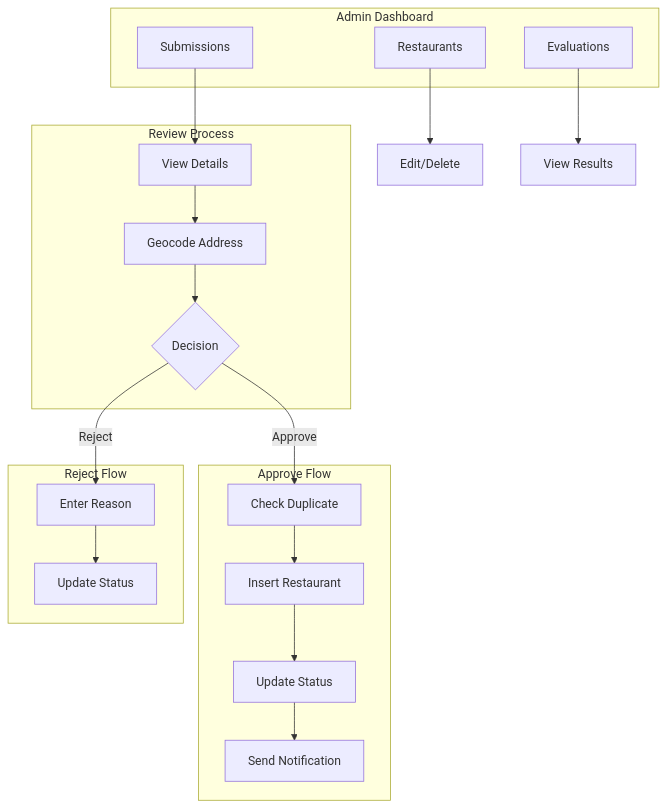
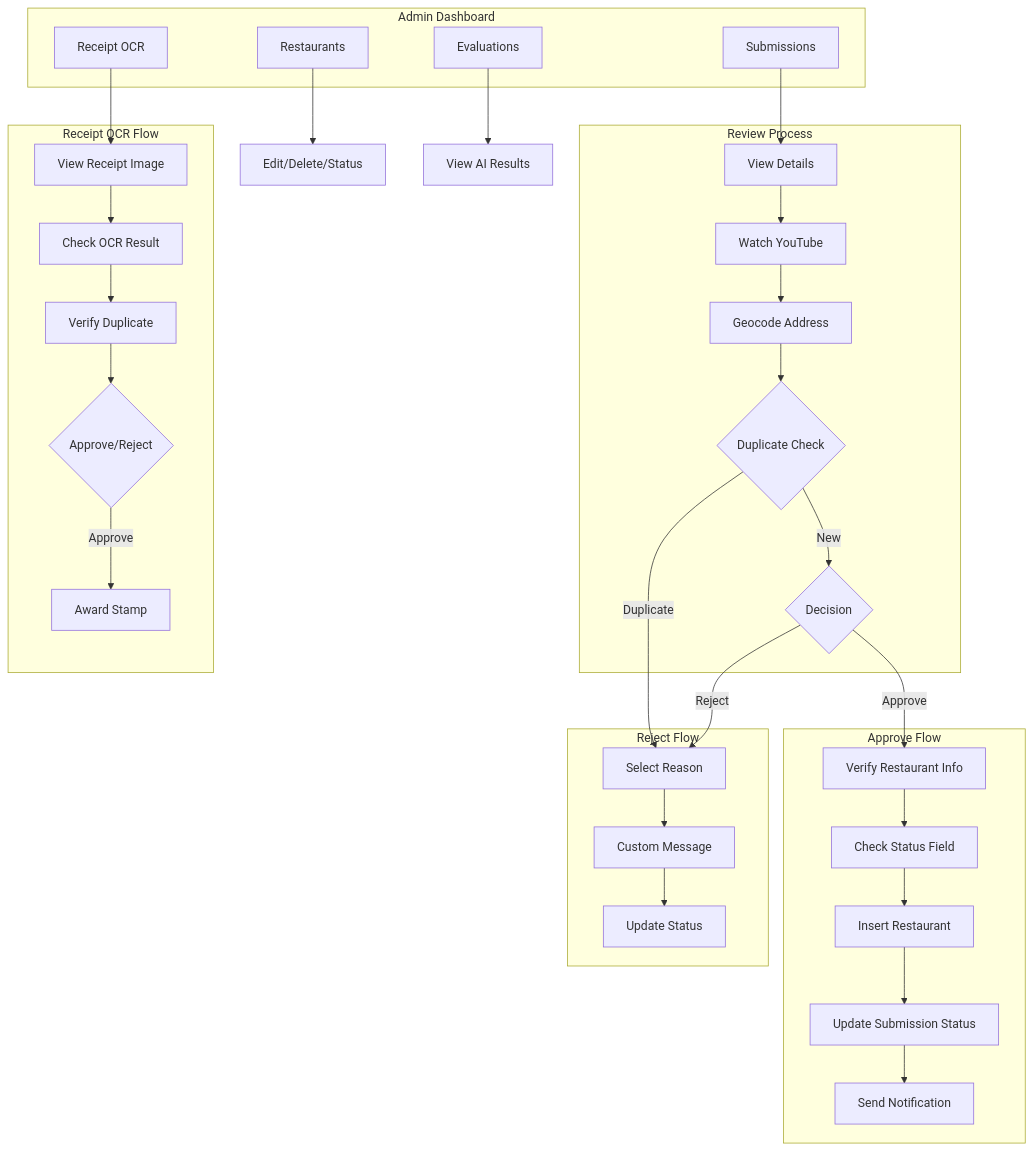
The diagram in .davia/assets/mermaids/admin-flow.mmd (twoimo/tzudong), drawn with Mermaid before and after one commit. The commit also changed 13 other files, not shown here.

```diff
--- a/.davia/assets/mermaids/admin-flow.mmd
+++ b/.davia/assets/mermaids/admin-flow.mmd
@@ -1,33 +1,50 @@
 %%{init: {'theme': 'default'}}%%
 
 flowchart TB
     subgraph DASH["Admin Dashboard"]
         D1[Submissions]
         D2[Restaurants]
         D3[Evaluations]
+        D4[Receipt OCR]
     end
 
     subgraph REVIEW["Review Process"]
         R1[View Details]
-        R2[Geocode Address]
-        R3{Decision}
+        R2[Watch YouTube]
+        R3[Geocode Address]
+        R4{Duplicate Check}
+        R5{Decision}
     end
 
     subgraph APPROVE["Approve Flow"]
-        A1[Check Duplicate]
-        A2[Insert Restaurant]
-        A3[Update Status]
-        A4[Send Notification]
+        A1[Verify Restaurant Info]
+        A2[Check Status Field]
+        A3[Insert Restaurant]
+        A4[Update Submission Status]
+        A5[Send Notification]
     end
 
     subgraph REJECT["Reject Flow"]
-        J1[Enter Reason]
-        J2[Update Status]
+        J1[Select Reason]
+        J2[Custom Message]
+        J3[Update Status]
     end
 
-    D1 --> R1 --> R2 --> R3
-    R3 -->|Approve| A1 --> A2 --> A3 --> A4
-    R3 -->|Reject| J1 --> J2
+    subgraph OCR["Receipt OCR Flow"]
+        O1[View Receipt Image]
+        O2[Check OCR Result]
+        O3[Verify Duplicate]
+        O4{Approve/Reject}
+        O5[Award Stamp]
+    end
+
+    D1 --> R1 --> R2 --> R3 --> R4
+    R4 -->|New| R5
+    R4 -->|Duplicate| J1
+    R5 -->|Approve| A1 --> A2 --> A3 --> A4 --> A5
+    R5 -->|Reject| J1 --> J2 --> J3
     
-    D2 --> EDIT[Edit/Delete]
-    D3 --> VIEW[View Results]
+    D2 --> EDIT[Edit/Delete/Status]
+    D3 --> VIEW[View AI Results]
+    D4 --> O1 --> O2 --> O3 --> O4
+    O4 -->|Approve| O5
```
